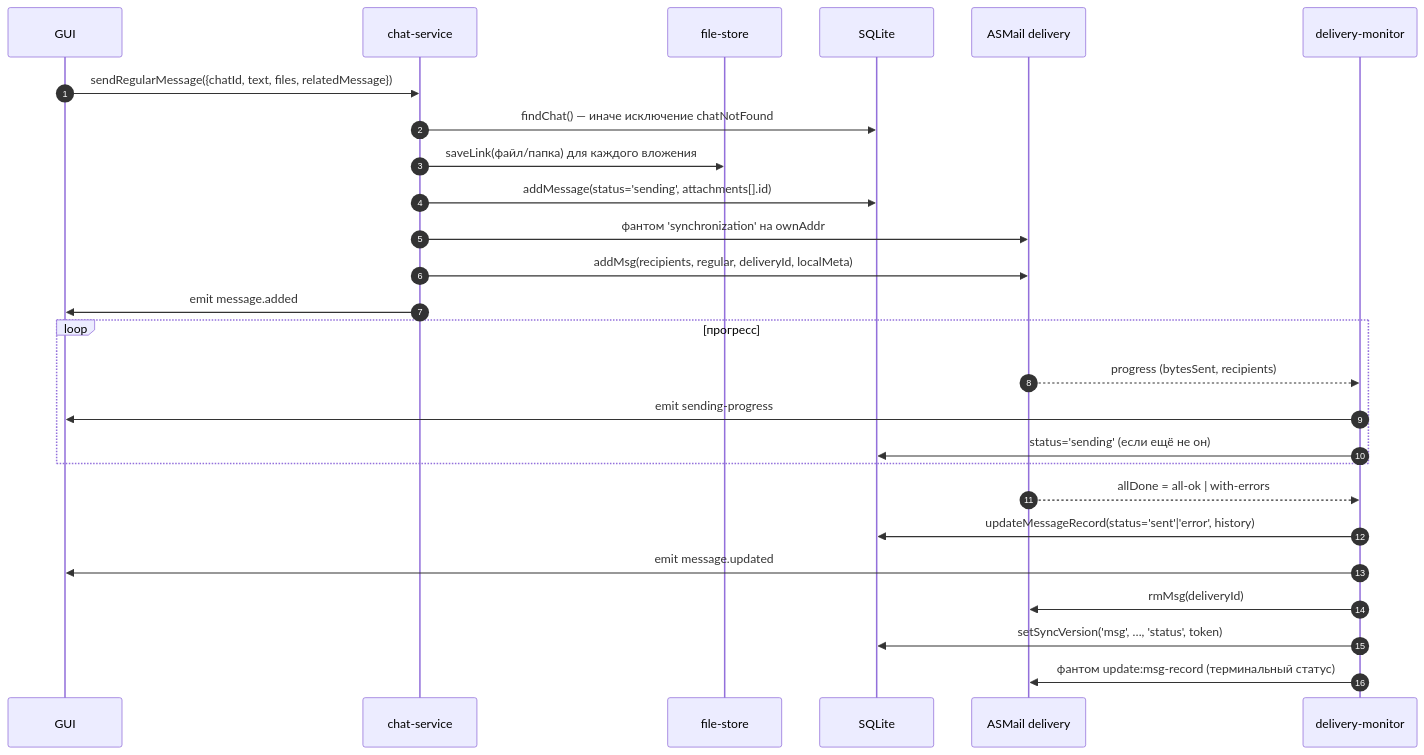
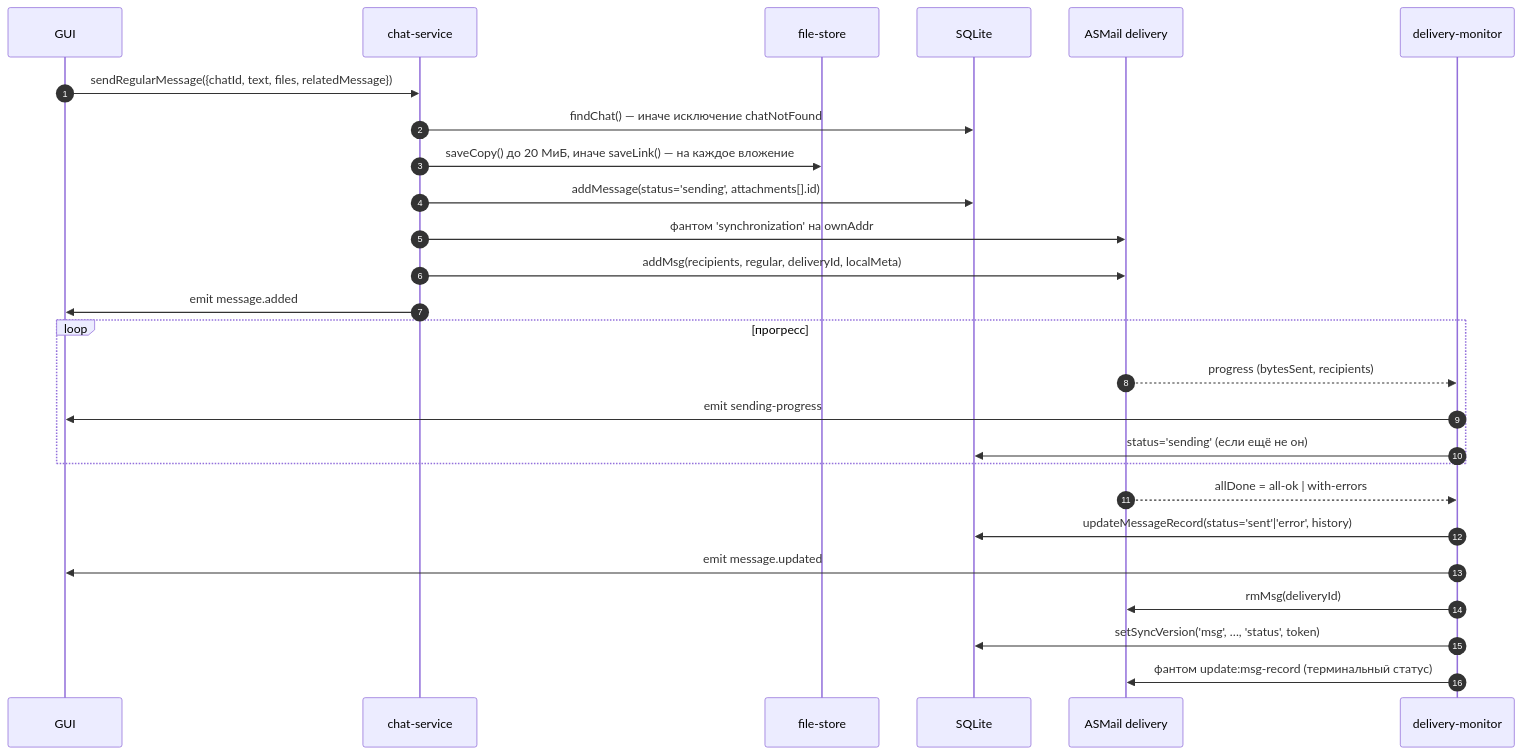
Before and after one commit to PrivacySafe/chat.app.privacysafe.io: the fifth of 6 diagrams in doc/03-message-flows.md, drawn with Mermaid. The commit also changed other lines of this file and 76 other files, not shown here.

````diff
--- a/doc/03-message-flows.md
+++ b/doc/03-message-flows.md
@@ -225,29 +225,29 @@
 ```mermaid
 sequenceDiagram
     autonumber
     participant UI as GUI
     participant CS as chat-service
     participant FS as file-store
     participant DB as SQLite
     participant DEL as ASMail delivery
     participant DM as delivery-monitor
 
     UI->>CS: sendRegularMessage({chatId, text, files, relatedMessage})
     CS->>DB: findChat() — иначе исключение chatNotFound
-    CS->>FS: saveLink(файл/папка) для каждого вложения
+    CS->>FS: saveCopy() до 20 МиБ, иначе saveLink() — на каждое вложение
     CS->>DB: addMessage(status='sending', attachments[].id)
     CS->>DEL: фантом 'synchronization' на ownAddr
     CS->>DEL: addMsg(recipients, regular, deliveryId, localMeta)
     CS->>UI: emit message.added
     loop прогресс
       DEL-->>DM: progress (bytesSent, recipients)
       DM->>UI: emit sending-progress
       DM->>DB: status='sending' (если ещё не он)
     end
     DEL-->>DM: allDone = all-ok | with-errors
     DM->>DB: updateMessageRecord(status='sent'|'error', history)
     DM->>UI: emit message.updated
     DM->>DEL: rmMsg(deliveryId)
     DM->>DB: setSyncVersion('msg', …, 'status', token)
     DM->>DEL: фантом update:msg-record (терминальный статус)
 ```
````
